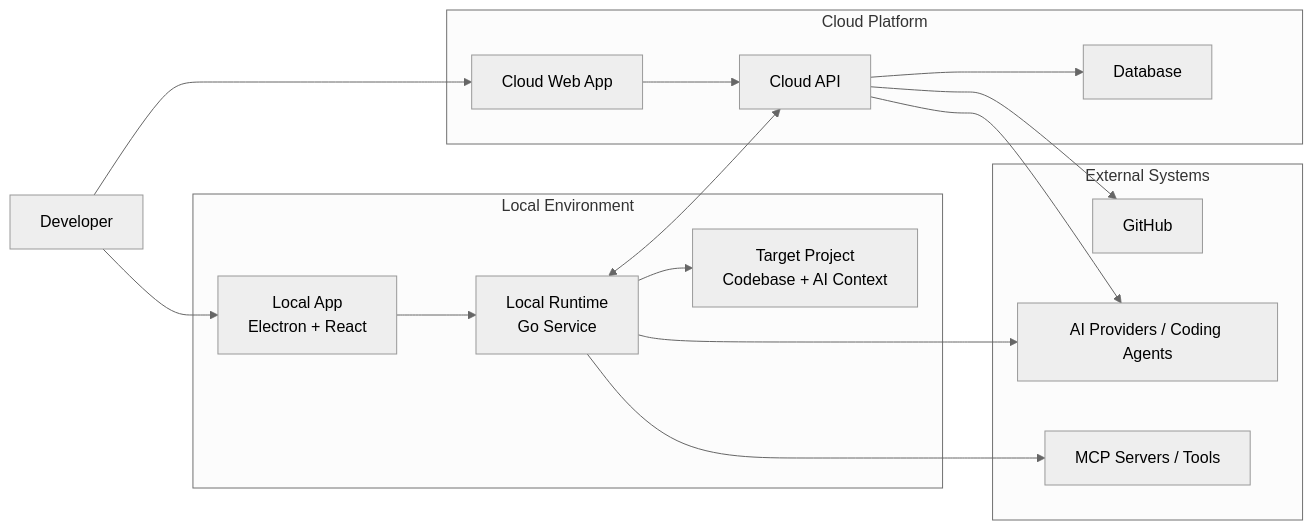
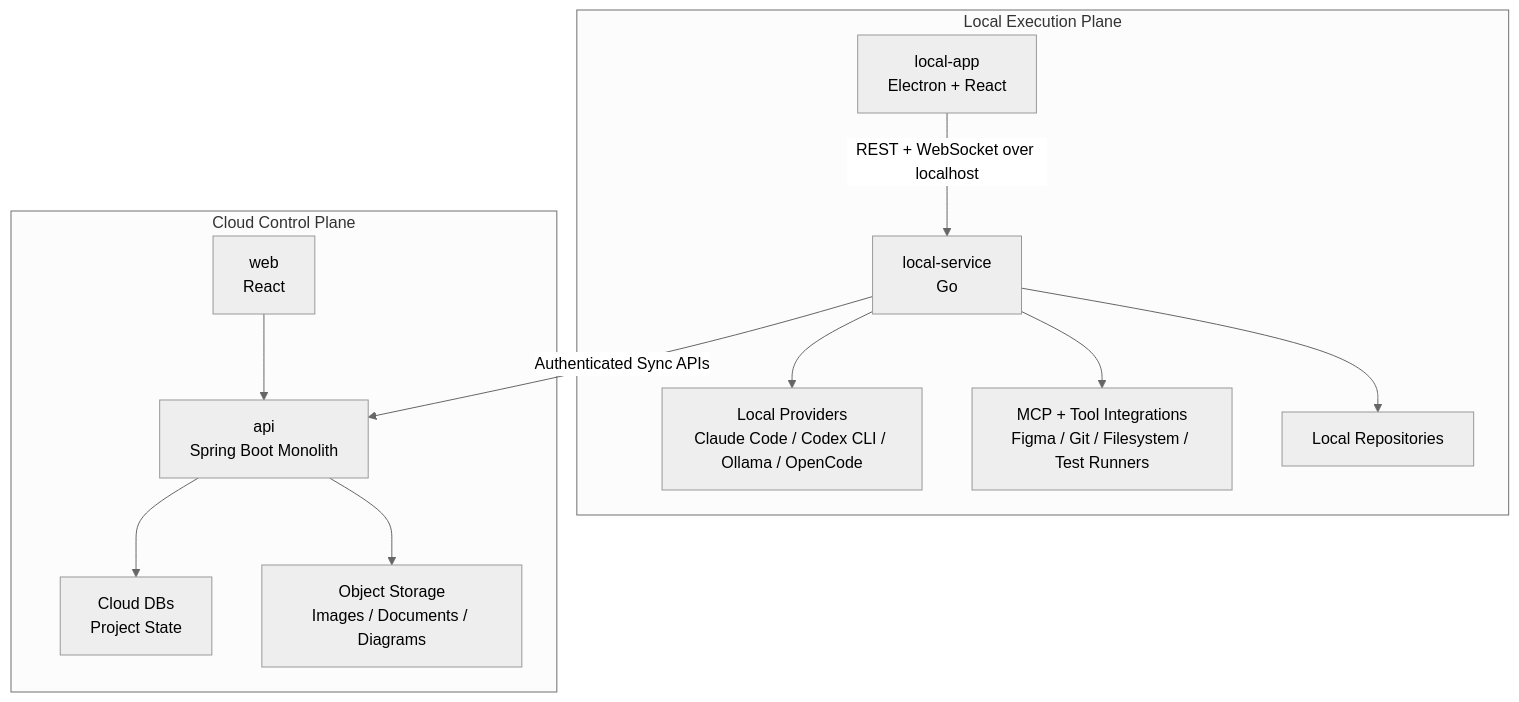
One commit to SWEOrchestrAI/.github changed the diagram in profile/README.md. Above: the diagram before and after it, drawn with Mermaid (neutral theme). The commit also changed other lines of this file, not shown here.

````diff
--- a/profile/README.md
+++ b/profile/README.md
@@ -46,36 +34,28 @@
 ```mermaid
-flowchart LR
-    Developer["Developer"]
+flowchart TB
+    subgraph Local["Local Execution Plane"]
+        LocalApp["local-app<br/>Electron + React"]
+        LocalService["local-service<br/>Go"]
+        Providers["Local Providers<br/>Claude Code / Codex CLI / Ollama / OpenCode"]
+        Tools["MCP + Tool Integrations<br/>Figma / Git / Filesystem / Test Runners"]
+        Repos["Local Repositories"]
 
-    subgraph Local["Local Environment"]
-        LocalApp["Local App<br/>Electron + React"]
-        LocalRuntime["Local Runtime<br/>Go Service"]
-        Project["Target Project<br/>Codebase + AI Context"]
+        LocalApp -->|REST + WebSocket over localhost| LocalService
+        LocalService --> Providers
+        LocalService --> Tools
+        LocalService --> Repos
     end
 
-    subgraph Cloud["Cloud Platform"]
-        CloudWeb["Cloud Web App"]
-        CloudAPI["Cloud API"]
-        DB["Database"]
+    subgraph Cloud["Cloud Control Plane"]
+        Web["web<br/>React"]
+        API["api<br/>Spring Boot Monolith"]
+        DB["Cloud DBs<br/>Project State"]
+        Storage["Object Storage<br/>Images / Documents / Diagrams"]
+
+        Web --> API
+        API --> DB
+        API --> Storage
     end
 
-    subgraph External["External Systems"]
-        GitHub["GitHub"]
-        AIProviders["AI Providers / Coding Agents"]
-        MCPs["MCP Servers / Tools"]
-    end
-
-    Developer --> LocalApp
-    Developer --> CloudWeb
-
-    LocalApp --> LocalRuntime
-    LocalRuntime --> Project
-    LocalRuntime --> AIProviders
-    LocalRuntime --> MCPs
-    LocalRuntime <--> CloudAPI
-
-    CloudWeb --> CloudAPI
-    CloudAPI --> DB
-    CloudAPI --> GitHub
-    CloudAPI --> AIProviders
+    LocalService -->|Authenticated Sync APIs| API
 ```
````
